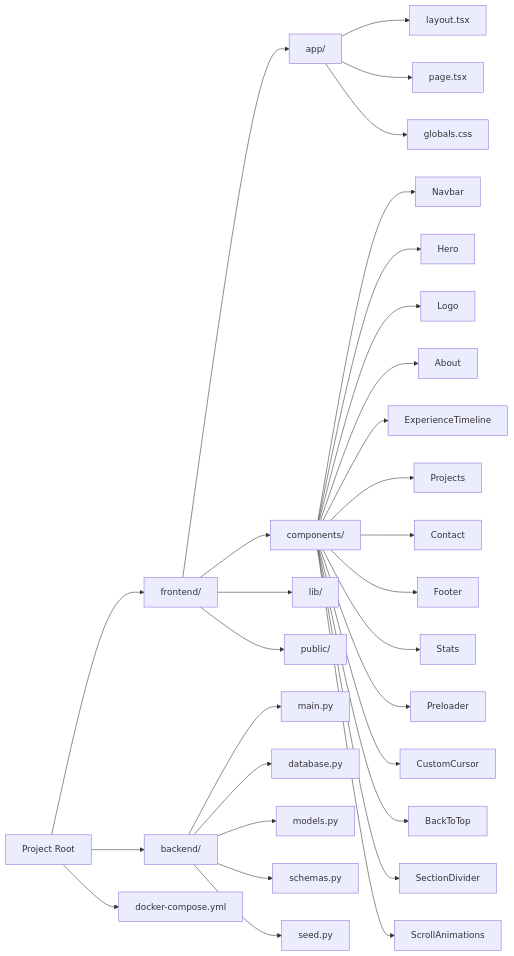
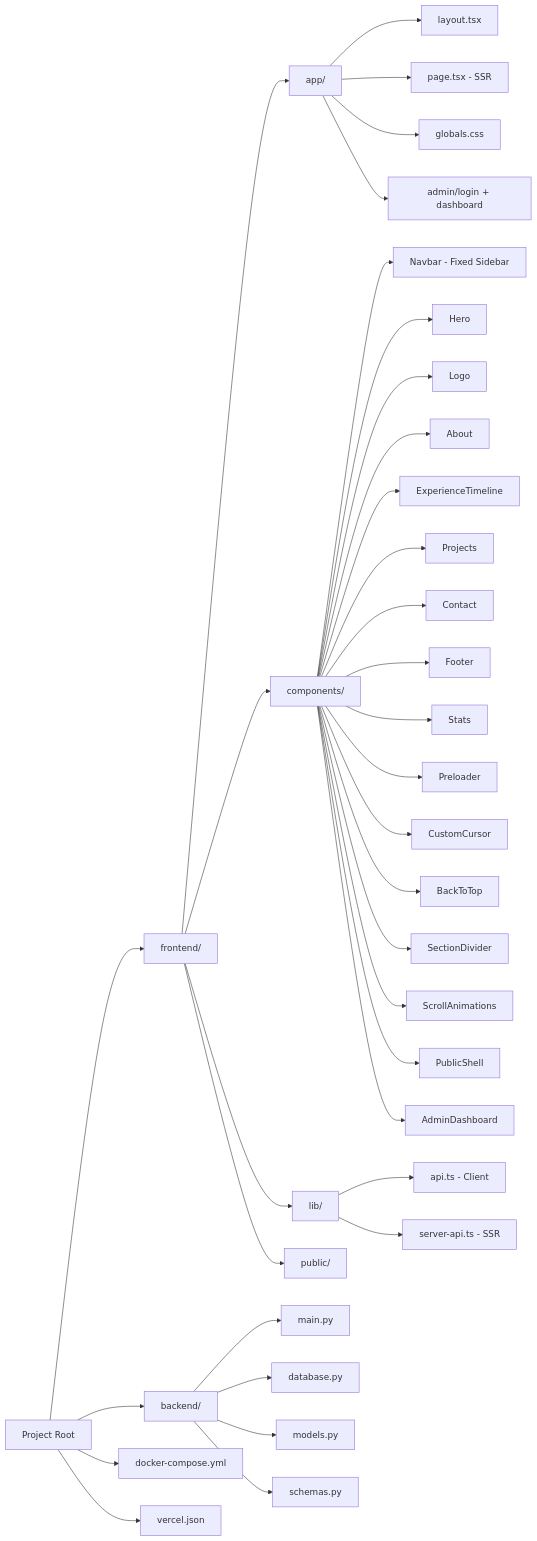
Before and after one commit to mdalahimondol656-wq/MD-ALAHI-MONDOL: the third of 4 diagrams in README.md, drawn with Mermaid. The commit also changed other lines of this file, not shown here.

````diff
--- a/README.md
+++ b/README.md
@@ -133,41 +144,48 @@
 ```mermaid
 graph LR
     Root[Project Root]
     FE[frontend/]
     BE[backend/]
     Config[docker-compose.yml]
+    VercelConfig[vercel.json]
 
     Root --> FE
     Root --> BE
     Root --> Config
+    Root --> VercelConfig
 
     FE --> FE_App[app/]
     FE --> FE_Comp[components/]
     FE --> FE_Lib[lib/]
     FE --> FE_Pub[public/]
 
     FE_App --> Layout[layout.tsx]
-    FE_App --> Page[page.tsx]
+    FE_App --> Page[page.tsx - SSR]
     FE_App --> CSS[globals.css]
+    FE_App --> Admin[admin/login + dashboard]
 
-    FE_Comp --> Nav[Navbar]
+    FE_Comp --> Nav[Navbar - Fixed Sidebar]
     FE_Comp --> Hero[Hero]
     FE_Comp --> Logo[Logo]
     FE_Comp --> About[About]
     FE_Comp --> Exp[ExperienceTimeline]
     FE_Comp --> Proj[Projects]
     FE_Comp --> Con[Contact]
     FE_Comp --> Foot[Footer]
     FE_Comp --> Stats[Stats]
     FE_Comp --> Pre[Preloader]
     FE_Comp --> Cursor[CustomCursor]
     FE_Comp --> BTT[BackToTop]
     FE_Comp --> SD[SectionDivider]
     FE_Comp --> SA[ScrollAnimations]
+    FE_Comp --> PS[PublicShell]
+    FE_Comp --> AD[AdminDashboard]
+
+    FE_Lib --> API[api.ts - Client]
+    FE_Lib --> SAPI[server-api.ts - SSR]
 
     BE --> Main[main.py]
     BE --> DB[database.py]
     BE --> Models[models.py]
     BE --> Schemas[schemas.py]
-    BE --> Seed[seed.py]
 ```
````
